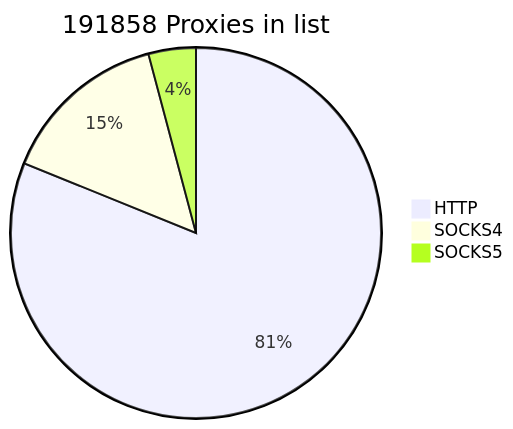
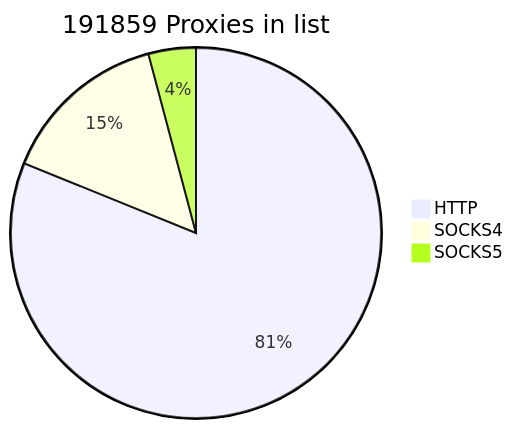
Before and after one commit to cutipu/proxylist: the first of 2 diagrams in README.md, drawn with Mermaid. The commit also changed other lines of this file, not shown here.

````diff
--- a/README.md
+++ b/README.md
@@ -2,7 +2,7 @@
 ```mermaid
-pie title 191858 Proxies in list
+pie title 191859 Proxies in list
     "HTTP" : 155660
-    "SOCKS4" : 28267
+    "SOCKS4" : 28268
     "SOCKS5" : 7931
             
 ```
````
